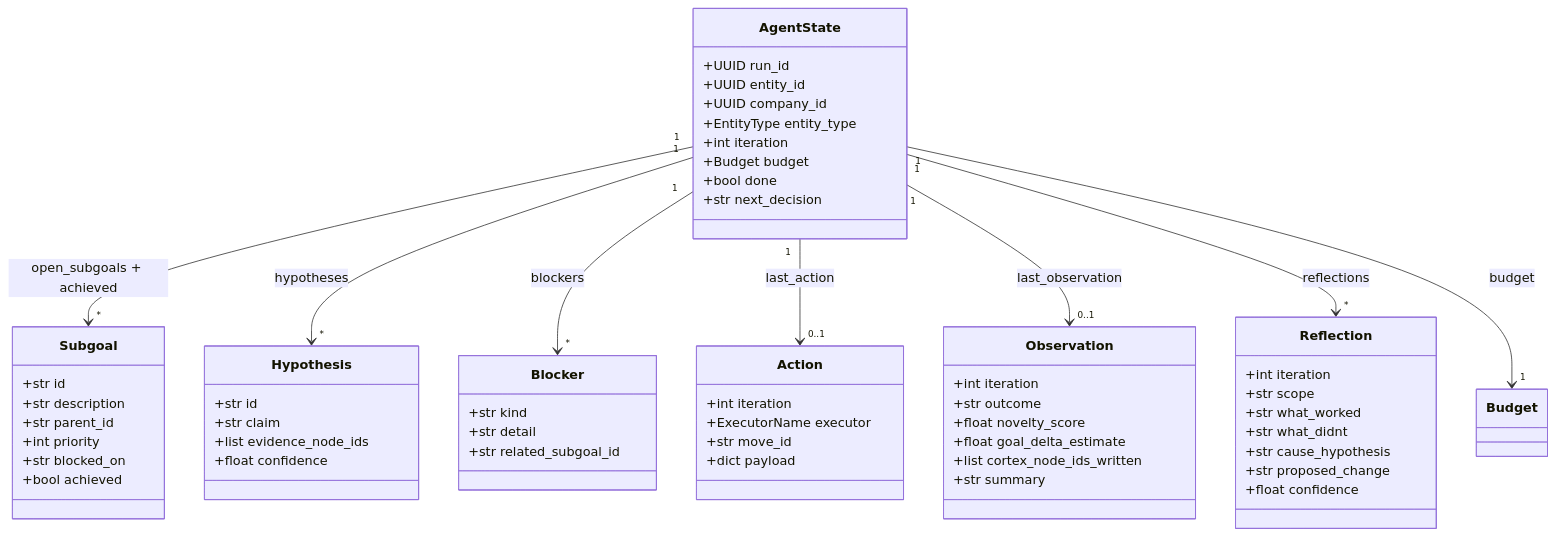
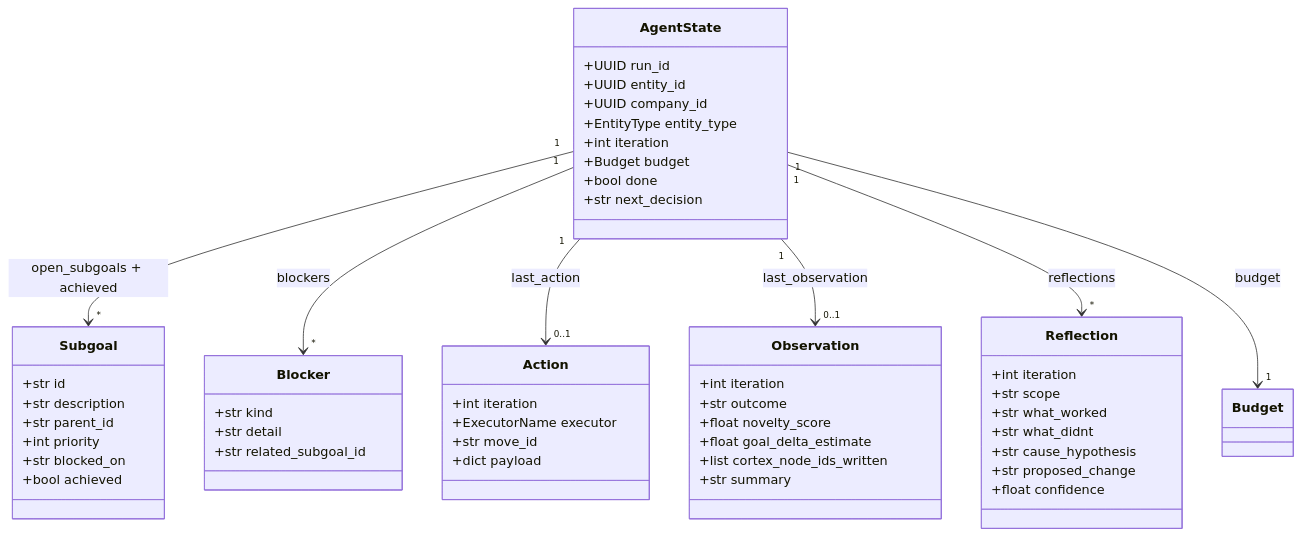
One commit to gondolerahul/hire-buddha-app changed the fourth of 25 diagrams in docs/current/05-agent-kernel.md. Above: the diagram before and after it, drawn with Mermaid. The commit also changed other lines of this file and 5 other files, not shown here.

First line of the commit message:
refactor(kernel): delete AgentState.hypotheses and Budget.can_afford; the budget docstring tells the truth (AK-09, AK-12, AK-13)

````diff
--- a/docs/current/05-agent-kernel.md
+++ b/docs/current/05-agent-kernel.md
@@ -231,63 +231,56 @@
 ```mermaid
 classDiagram
     class AgentState {
         +UUID run_id
         +UUID entity_id
         +UUID company_id
         +EntityType entity_type
         +int iteration
         +Budget budget
         +bool done
         +str next_decision
     }
     class Subgoal {
         +str id
         +str description
         +str parent_id
         +int priority
         +str blocked_on
         +bool achieved
-    }
-    class Hypothesis {
-        +str id
-        +str claim
-        +list evidence_node_ids
-        +float confidence
     }
     class Blocker {
         +str kind
         +str detail
         +str related_subgoal_id
     }
     class Action {
         +int iteration
         +ExecutorName executor
         +str move_id
         +dict payload
     }
     class Observation {
         +int iteration
         +str outcome
         +float novelty_score
         +float goal_delta_estimate
         +list cortex_node_ids_written
         +str summary
     }
     class Reflection {
         +int iteration
         +str scope
         +str what_worked
         +str what_didnt
         +str cause_hypothesis
         +str proposed_change
         +float confidence
     }
     class Budget
     AgentState "1" --> "*" Subgoal : open_subgoals + achieved
-    AgentState "1" --> "*" Hypothesis : hypotheses
     AgentState "1" --> "*" Blocker : blockers
     AgentState "1" --> "0..1" Action : last_action
     AgentState "1" --> "0..1" Observation : last_observation
     AgentState "1" --> "*" Reflection : reflections
     AgentState "1" --> "1" Budget : budget
 ```
````
